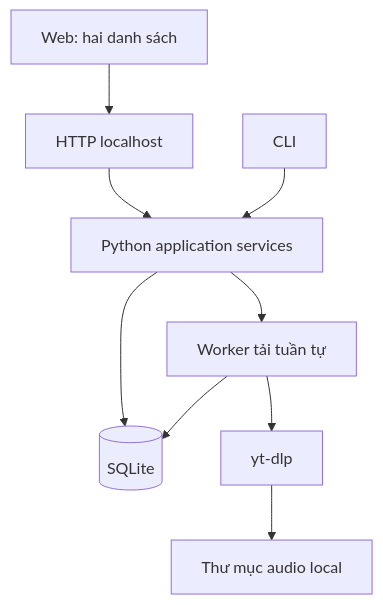
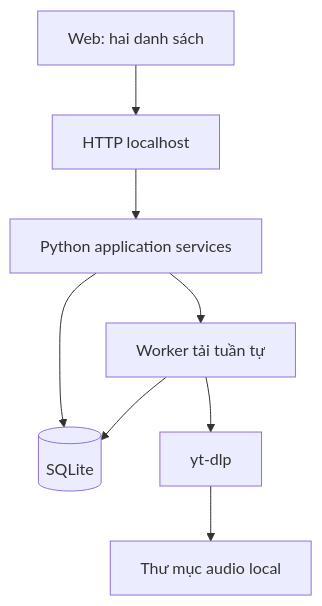
Before and after one commit to sakanaowo/Auralytica: the diagram in docs/ai/design/README.md, drawn with Mermaid. The commit also changed other lines of this file and 76 other files, not shown here.

````diff
--- a/docs/ai/design/README.md
+++ b/docs/ai/design/README.md
@@ -44,11 +46,10 @@
 ```mermaid
 flowchart TD
     Web[Web: hai danh sách] --> API[HTTP localhost]
     API --> Core[Python application services]
-    CLI[CLI] --> Core
     Core --> DB[(SQLite)]
     Core --> Worker[Worker tải tuần tự]
     Worker --> YTDLP[yt-dlp]
     YTDLP --> Files[Thư mục audio local]
     Worker --> DB
 ```
````
